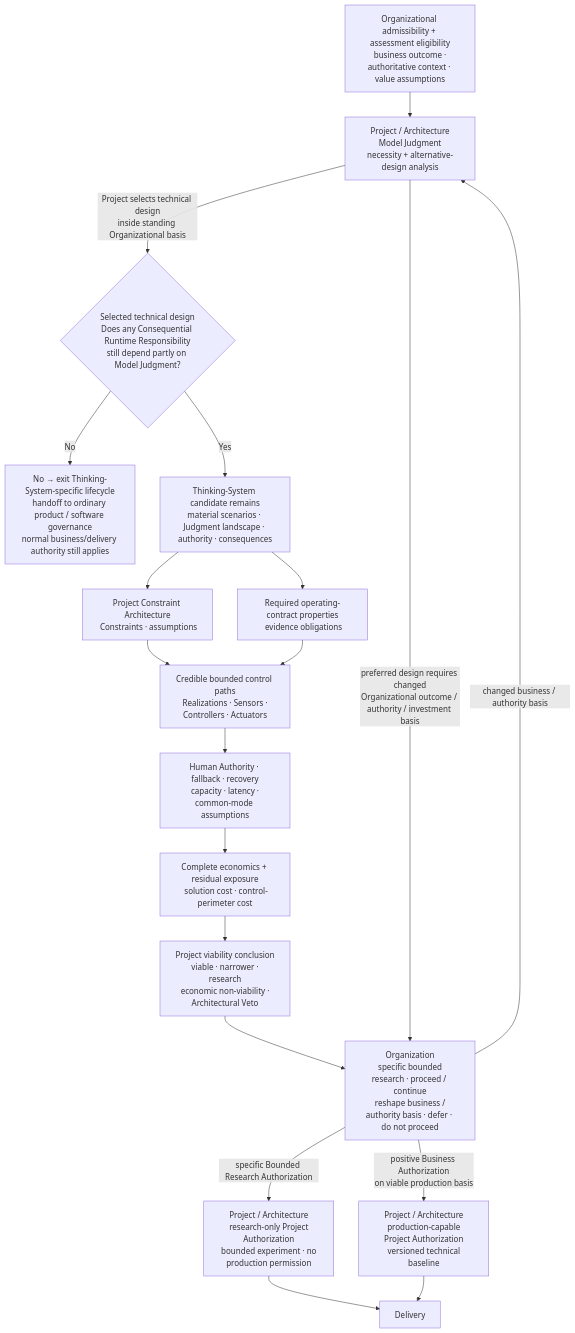
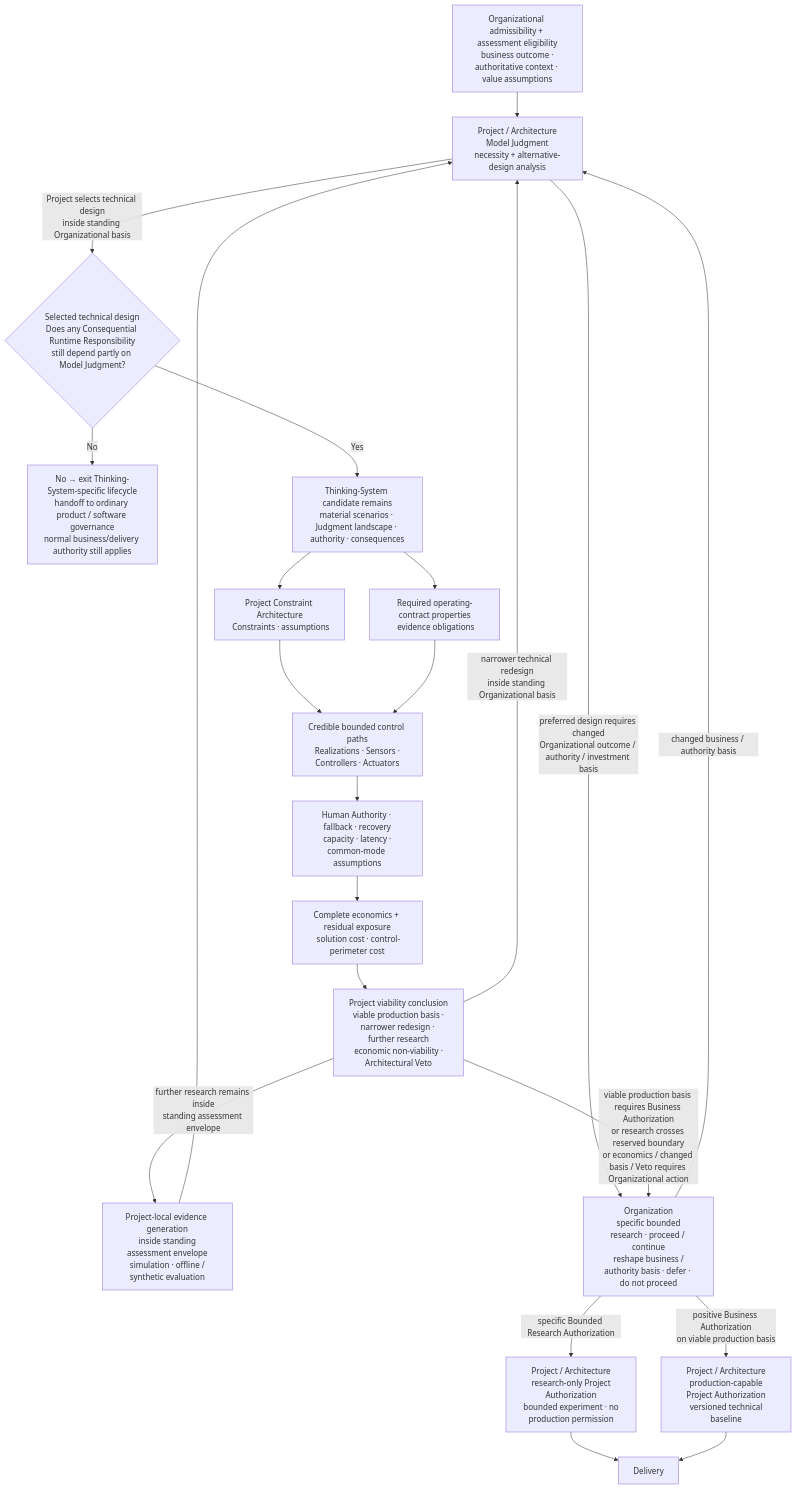
Diagram 11 of 15 in content/research/notes/open-engineering-specification-article-draft.md (UncertaintyArchitectureGroup/uncertainty-architecture), drawn with Mermaid before and after one commit. The commit also changed other lines of this file and 2 other files, not shown here.

Commit message:
Resolve final lifecycle consistency findings

````diff
--- a/content/research/notes/open-engineering-specification-article-draft.md
+++ b/content/research/notes/open-engineering-specification-article-draft.md
@@ -707,30 +707,34 @@
 ```mermaid
 flowchart TB
     ORG["Organizational admissibility + assessment eligibility<br/> business outcome · authoritative context · value assumptions"]
     NEED["Project / Architecture<br/> Model Judgment necessity + alternative-design analysis"]
     CAT{"Selected technical design<br/>Does any Consequential Runtime Responsibility<br/>still depend partly on Model Judgment?"}
     EXIT["No → exit Thinking-System-specific lifecycle<br/>handoff to ordinary product / software governance<br/>normal business/delivery authority still applies"]
     RISK["Thinking-System candidate remains<br/>material scenarios · Judgment landscape · authority · consequences"]
     K["Project Constraint Architecture<br/> Constraints · assumptions"]
     PROP["Required operating-contract properties<br/> evidence obligations"]
     PATH["Credible bounded control paths<br/> Realizations · Sensors · Controllers · Actuators"]
     HUMAN["Human Authority · fallback · recovery<br/> capacity · latency · common-mode assumptions"]
     ECON["Complete economics + residual exposure<br/> solution cost · control-perimeter cost"]
-    V["Project viability conclusion<br/> viable · narrower · research<br/> economic non-viability · Architectural Veto"]
+    V["Project viability conclusion<br/> viable production basis · narrower redesign · further research<br/> economic non-viability · Architectural Veto"]
+    LRE["Project-local evidence generation<br/> inside standing assessment envelope<br/> simulation · offline / synthetic evaluation"]
     OD["Organization<br/> specific bounded research · proceed / continue<br/> reshape business / authority basis · defer · do not proceed"]
     PRA["Project / Architecture<br/> research-only Project Authorization<br/> bounded experiment · no production permission"]
     PPA["Project / Architecture<br/> production-capable Project Authorization<br/> versioned technical baseline"]
     D["Delivery"]
 
     ORG --> NEED
     NEED -->|Project selects technical design<br/>inside standing Organizational basis| CAT
     CAT -->|No| EXIT
     CAT -->|Yes| RISK
     NEED -->|preferred design requires changed<br/>Organizational outcome / authority / investment basis| OD
     RISK --> K --> PATH
     RISK --> PROP --> PATH
-    PATH --> HUMAN --> ECON --> V --> OD
+    PATH --> HUMAN --> ECON --> V
+    V -->|narrower technical redesign<br/>inside standing Organizational basis| NEED
+    V -->|further research remains inside<br/>standing assessment envelope| LRE --> NEED
+    V -->|viable production basis requires Business Authorization<br/>or research crosses reserved boundary<br/>or economics / changed basis / Veto requires Organizational action| OD
     OD -->|changed business / authority basis| NEED
     OD -->|specific Bounded Research Authorization| PRA --> D
     OD -->|positive Business Authorization<br/>on viable production basis| PPA --> D
 ```
````
